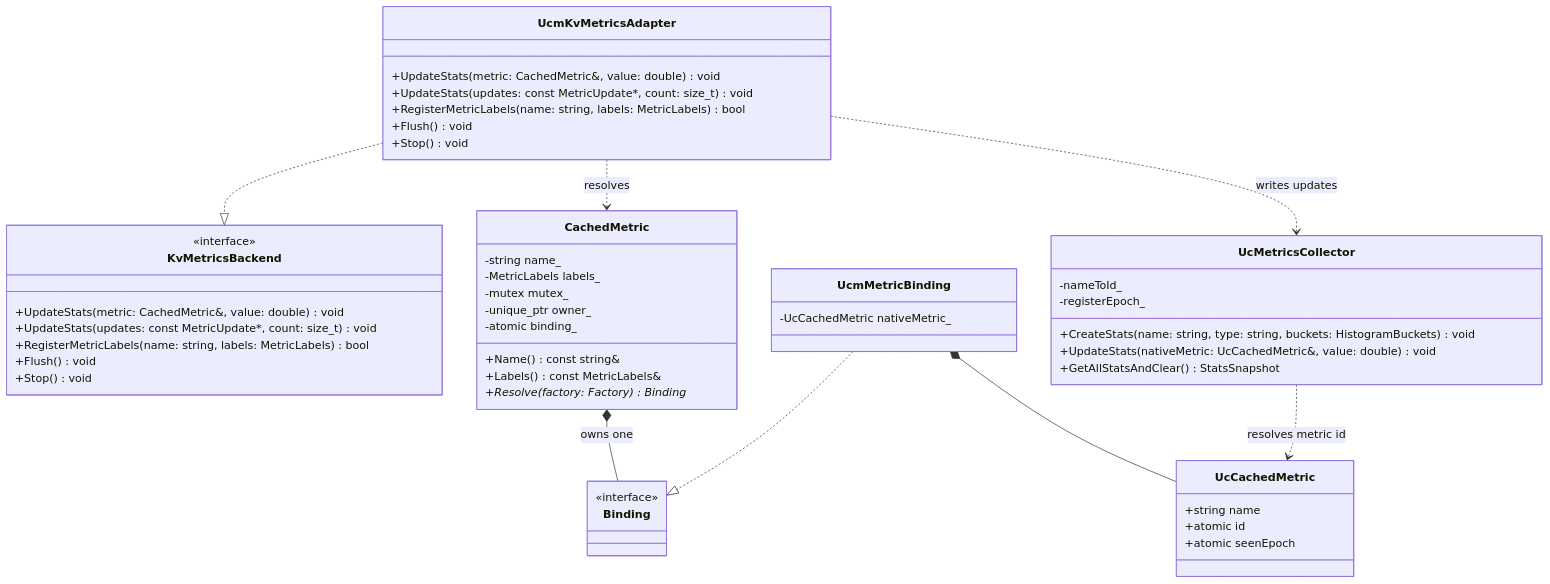
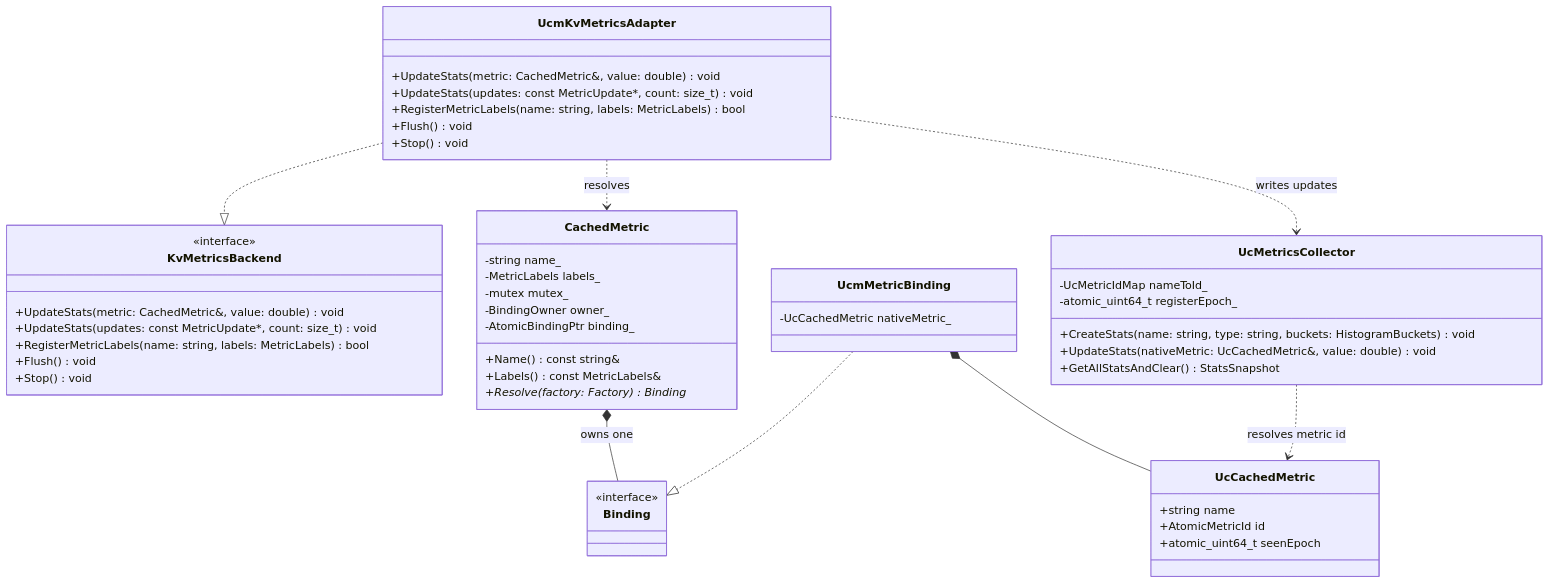
Before and after one commit to yuanzhg078/unified-cache-management: the fourth of 11 diagrams in kv_semantics/metrics/docs/kv_metrics_facade_story_design.md, drawn with Mermaid. The commit also changed other lines of this file, not shown here.

````diff
--- a/kv_semantics/metrics/docs/kv_metrics_facade_story_design.md
+++ b/kv_semantics/metrics/docs/kv_metrics_facade_story_design.md
@@ -253,54 +253,54 @@
 ```mermaid
 classDiagram
     direction TB
     class KvMetricsBackend {
         <<interface>>
         +UpdateStats(metric: CachedMetric&, value: double) void
         +UpdateStats(updates: const MetricUpdate*, count: size_t) void
         +RegisterMetricLabels(name: string, labels: MetricLabels) bool
         +Flush() void
         +Stop() void
     }
     class UcmKvMetricsAdapter {
         +UpdateStats(metric: CachedMetric&, value: double) void
         +UpdateStats(updates: const MetricUpdate*, count: size_t) void
         +RegisterMetricLabels(name: string, labels: MetricLabels) bool
         +Flush() void
         +Stop() void
     }
     class CachedMetric {
         -string name_
         -MetricLabels labels_
         -mutex mutex_
-        -unique_ptr owner_
-        -atomic binding_
+        -BindingOwner owner_
+        -AtomicBindingPtr binding_
         +Name() const string&
         +Labels() const MetricLabels&
         +Resolve(factory: Factory) Binding*
     }
     class Binding {
         <<interface>>
     }
     class UcmMetricBinding {
         -UcCachedMetric nativeMetric_
     }
     class UcCachedMetric {
         +string name
-        +atomic id
-        +atomic seenEpoch
+        +AtomicMetricId id
+        +atomic_uint64_t seenEpoch
     }
     class UcMetricsCollector {
-        -nameToId_
-        -registerEpoch_
+        -UcMetricIdMap nameToId_
+        -atomic_uint64_t registerEpoch_
         +CreateStats(name: string, type: string, buckets: HistogramBuckets) void
         +UpdateStats(nativeMetric: UcCachedMetric&, value: double) void
         +GetAllStatsAndClear() StatsSnapshot
     }
     UcmKvMetricsAdapter ..|> KvMetricsBackend
     UcmKvMetricsAdapter ..> CachedMetric : resolves
     CachedMetric *-- Binding : owns one
     UcmMetricBinding ..|> Binding
     UcmMetricBinding *-- UcCachedMetric
     UcmKvMetricsAdapter ..> UcMetricsCollector : writes updates
     UcMetricsCollector ..> UcCachedMetric : resolves metric id
 ```
````
